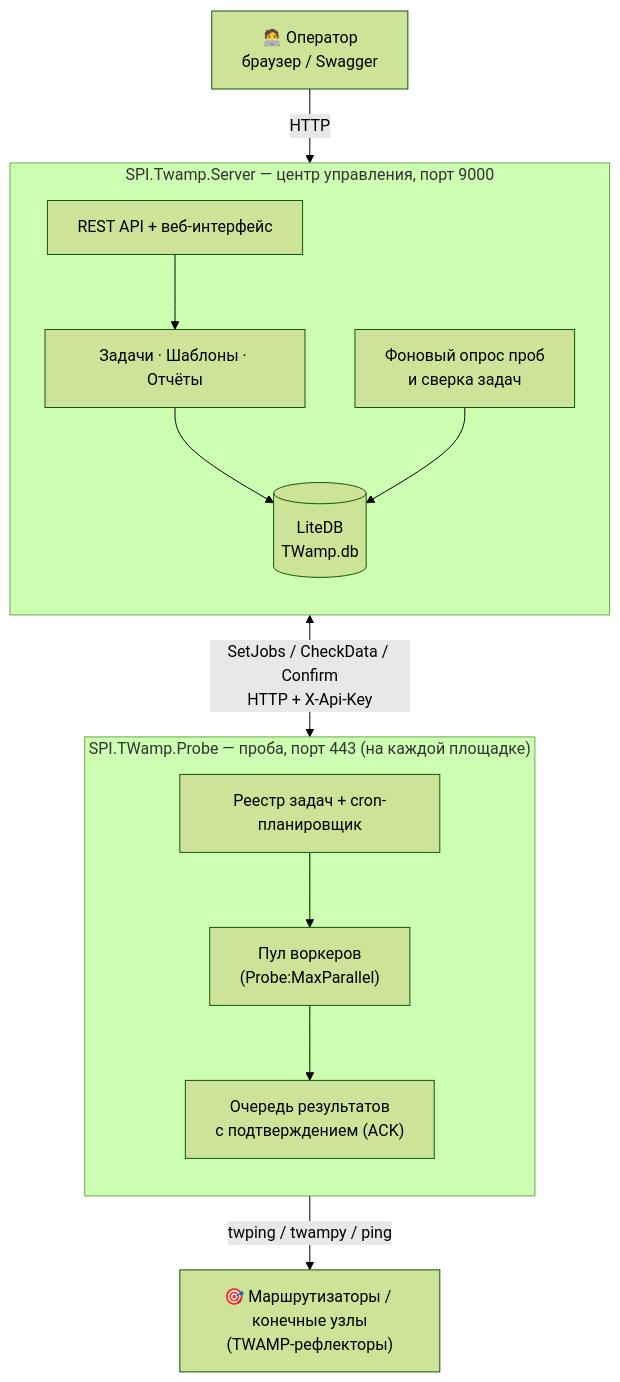
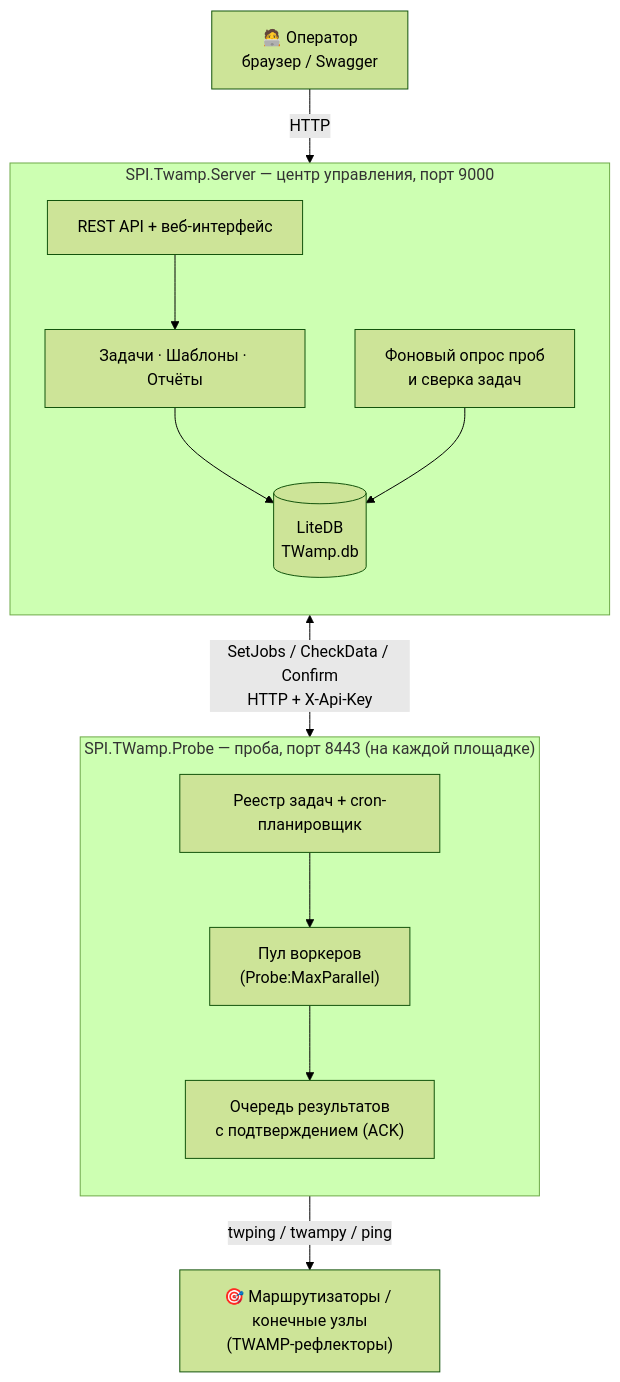
Before and after one commit to akprof2000/twamp-probe: the first of 9 diagrams in README.md, drawn with Mermaid (forest theme). The commit also changed other lines of this file and 3 other files, not shown here.

````diff
--- a/README.md
+++ b/README.md
@@ -56,28 +56,28 @@
 ```mermaid
 flowchart TB
     operator["🧑‍💻 Оператор<br/>браузер / Swagger"]
 
     subgraph server["SPI.Twamp.Server — центр управления, порт 9000"]
         direction TB
         api["REST API + веб-интерфейс"]
         logic["Задачи · Шаблоны · Отчёты"]
         db[("LiteDB<br/>TWamp.db")]
         poller["Фоновый опрос проб<br/>и сверка задач"]
         api --> logic --> db
         poller --> db
     end
 
-    subgraph probeN["SPI.TWamp.Probe — проба, порт 443 (на каждой площадке)"]
+    subgraph probeN["SPI.TWamp.Probe — проба, порт 8443 (на каждой площадке)"]
         direction TB
         worker["Реестр задач + cron-планировщик"]
         pool["Пул воркеров<br/>(Probe:MaxParallel)"]
         queue["Очередь результатов<br/>с подтверждением (ACK)"]
         worker --> pool --> queue
     end
 
     targets["🎯 Маршрутизаторы / конечные узлы<br/>(TWAMP-рефлекторы)"]
 
     operator -- "HTTP" --> api
     poller <-->|"SetJobs / CheckData / Confirm<br/>HTTP + X-Api-Key"| probeN
     pool -- "twping / twampy / ping" --> targets
 ```
````
